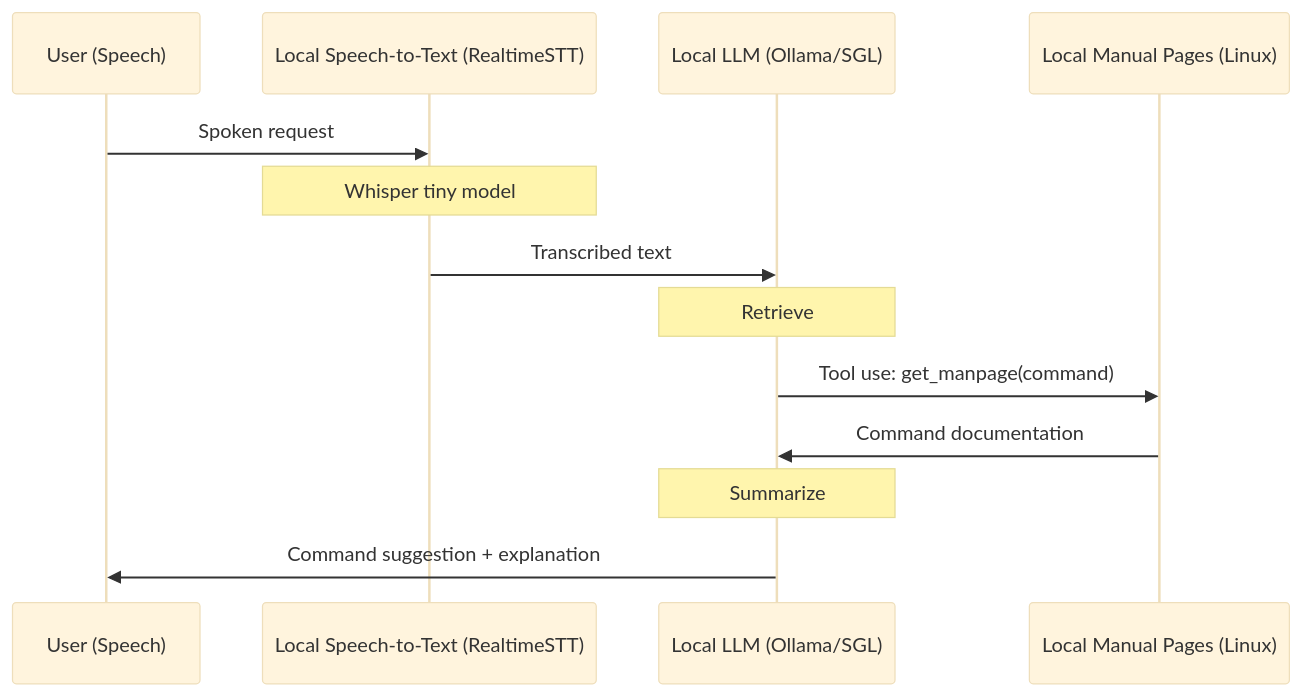
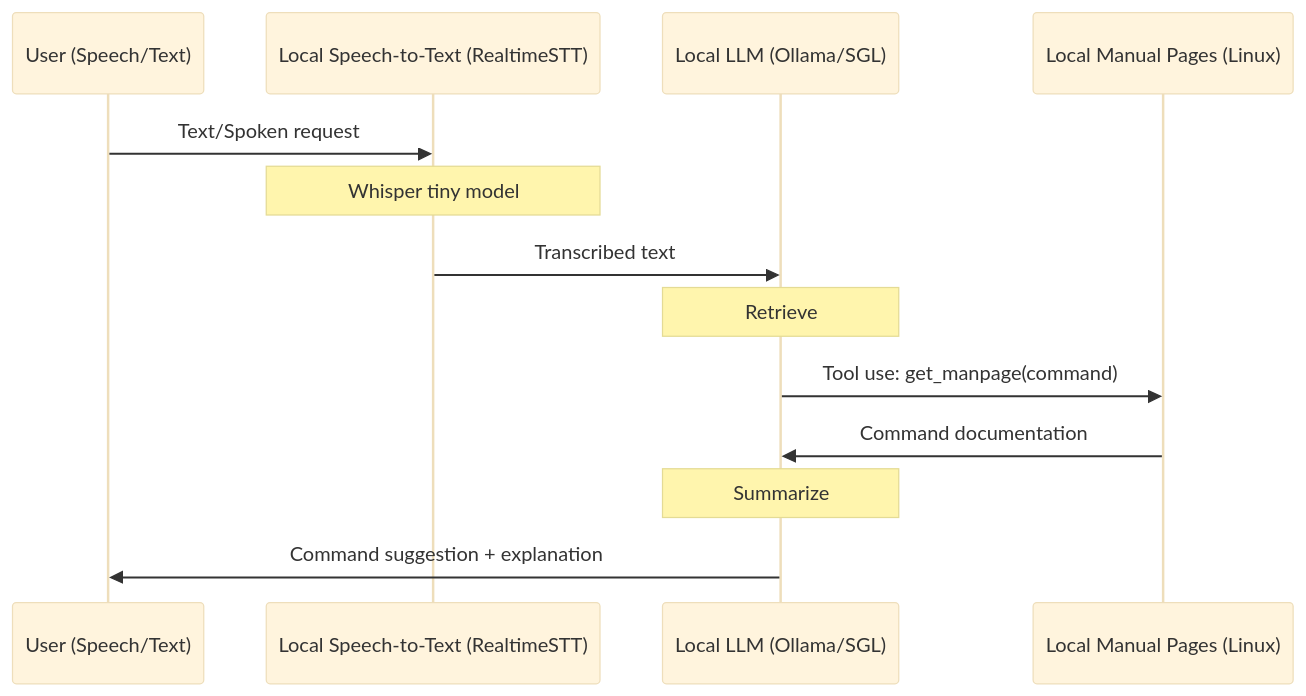
The diagram in README.md (ownage-labs/cerebrosonic-navigator), drawn with Mermaid (base theme) before and after one commit.

````diff
--- a/README.md
+++ b/README.md
@@ -13,16 +13,16 @@
 ```mermaid
 sequenceDiagram
-    participant User as User (Speech)
+    participant User as User (Speech/Text)
     participant STT as Local Speech-to-Text (RealtimeSTT)
     participant LLM as Local LLM (Ollama/SGL)
     participant Man as Local Manual Pages (Linux)
 
-    User->>STT: Spoken request
+    User->>STT: Text/Spoken request
     Note over STT: Whisper tiny model
     STT->>LLM: Transcribed text
     Note over LLM: Retrieve
     LLM->>Man: Tool use: get_manpage(command)
     Man->>LLM: Command documentation
     Note over LLM: Summarize
     LLM->>User: Command suggestion + explanation
 ```
````
